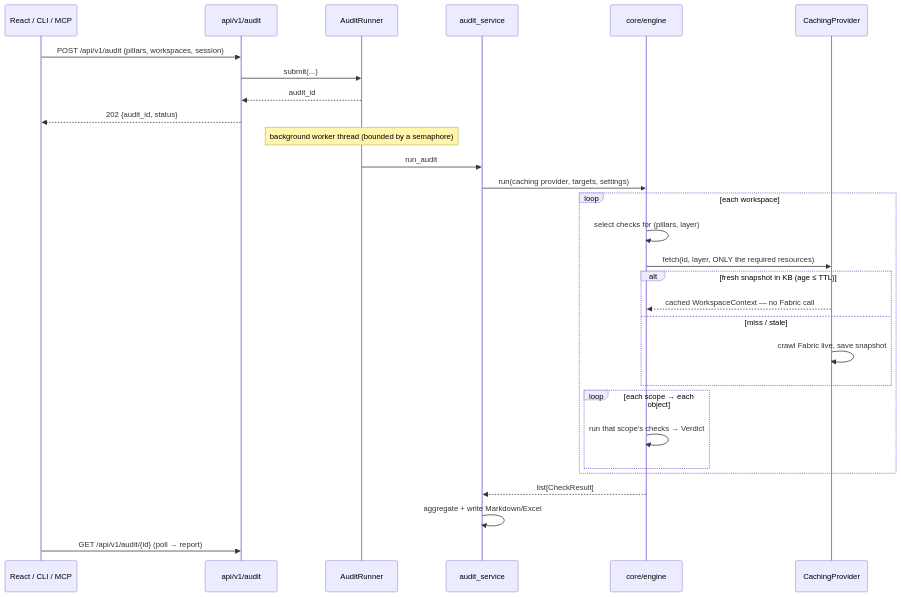
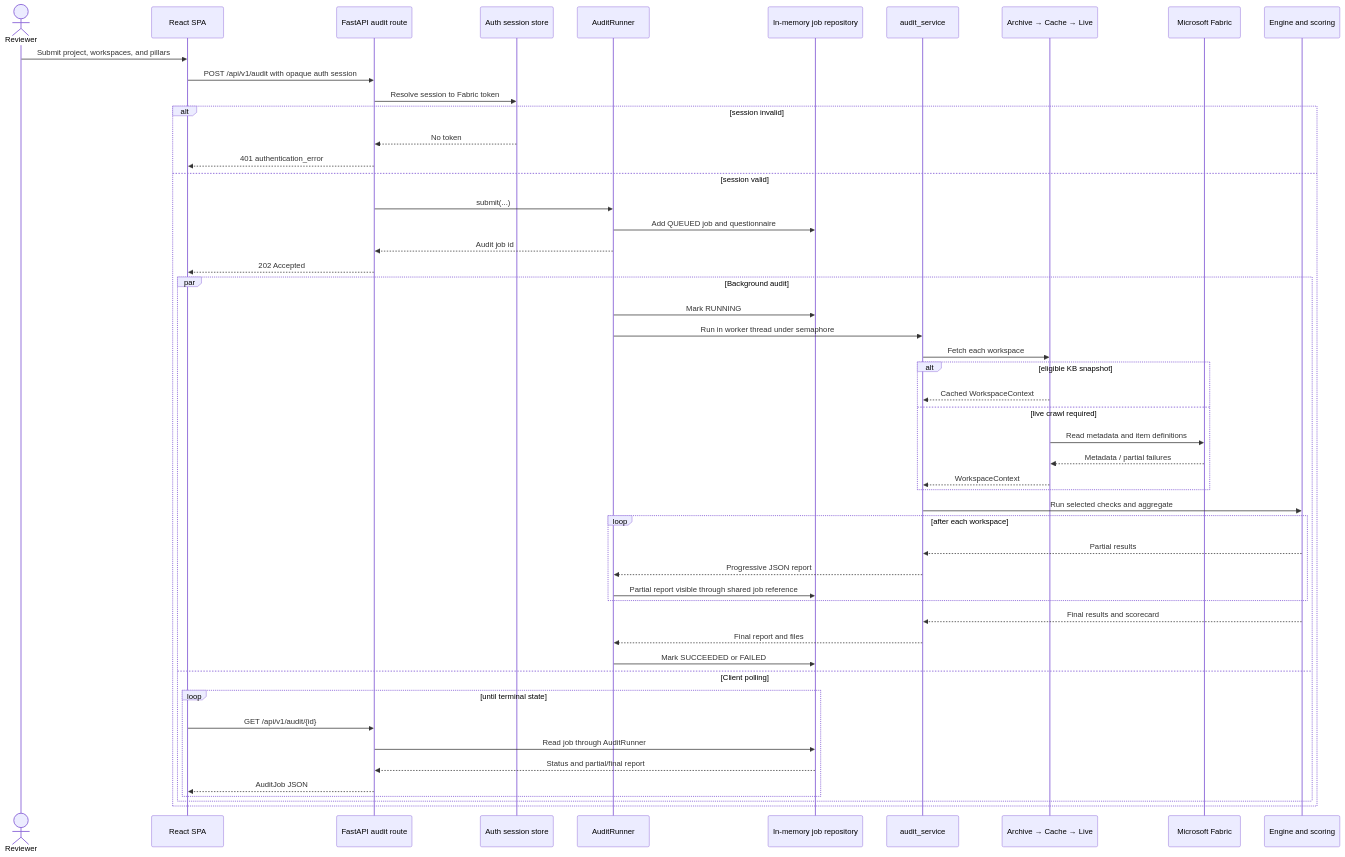
Before and after one commit to ridamgupta25/Microsoft-Fabric-Well-Architected-Auditor: the fourth of 10 diagrams in ARCHITECTURE.md, drawn with Mermaid. The commit also changed other lines of this file and 4 other files, not shown here.

````diff
--- a/ARCHITECTURE.md
+++ b/ARCHITECTURE.md
@@ -141,32 +622,54 @@
 ```mermaid
 sequenceDiagram
-    participant UI as React / CLI / MCP
-    participant API as api/v1/audit
-    participant R as AuditRunner
-    participant S as audit_service
-    participant E as core/engine
-    participant P as CachingProvider
+    actor User as Reviewer
+    participant SPA as React SPA
+    participant API as FastAPI audit route
+    participant Auth as Auth session store
+    participant Runner as AuditRunner
+    participant Repo as In-memory job repository
+    participant Service as audit_service
+    participant Provider as Archive → Cache → Live
+    participant Fabric as Microsoft Fabric
+    participant Core as Engine and scoring
 
-    UI->>API: POST /api/v1/audit (pillars, workspaces, session)
-    API->>R: submit(...)
-    R-->>API: audit_id
-    API-->>UI: 202 {audit_id, status}
-    Note over R: background worker thread (bounded by a semaphore)
-    R->>S: run_audit
-    S->>E: run(caching provider, targets, settings)
-    loop each workspace
-        E->>E: select checks for (pillars, layer)
-        E->>P: fetch(id, layer, ONLY the required resources)
-        alt fresh snapshot in KB (age ≤ TTL)
-            P-->>E: cached WorkspaceContext — no Fabric call
-        else miss / stale
-            P->>P: crawl Fabric live, save snapshot
+    User->>SPA: Submit project, workspaces, and pillars
+    SPA->>API: POST /api/v1/audit with opaque auth session
+    API->>Auth: Resolve session to Fabric token
+    alt session invalid
+        Auth-->>API: No token
+        API-->>SPA: 401 authentication_error
+    else session valid
+        API->>Runner: submit(...)
+        Runner->>Repo: Add QUEUED job and questionnaire
+        Runner-->>API: Audit job id
+        API-->>SPA: 202 Accepted
+      par Background audit
+        Runner->>Repo: Mark RUNNING
+        Runner->>Service: Run in worker thread under semaphore
+        Service->>Provider: Fetch each workspace
+        alt eligible KB snapshot
+          Provider-->>Service: Cached WorkspaceContext
+        else live crawl required
+          Provider->>Fabric: Read metadata and item definitions
+          Fabric-->>Provider: Metadata / partial failures
+          Provider-->>Service: WorkspaceContext
         end
-        loop each scope → each object
-            E->>E: run that scope's checks → Verdict
+        Service->>Core: Run selected checks and aggregate
+        loop after each workspace
+          Core-->>Service: Partial results
+          Service-->>Runner: Progressive JSON report
+          Runner->>Repo: Partial report visible through shared job reference
+        end
+        Core-->>Service: Final results and scorecard
+        Service-->>Runner: Final report and files
+        Runner->>Repo: Mark SUCCEEDED or FAILED
+      and Client polling
+        loop until terminal state
+          SPA->>API: GET /api/v1/audit/{id}
+          API->>Repo: Read job through AuditRunner
+          Repo-->>API: Status and partial/final report
+          API-->>SPA: AuditJob JSON
+        end
         end
     end
-    E-->>S: list[CheckResult]
-    S->>S: aggregate + write Markdown/Excel
-    UI->>API: GET /api/v1/audit/{id} (poll → report)
 ```
````
